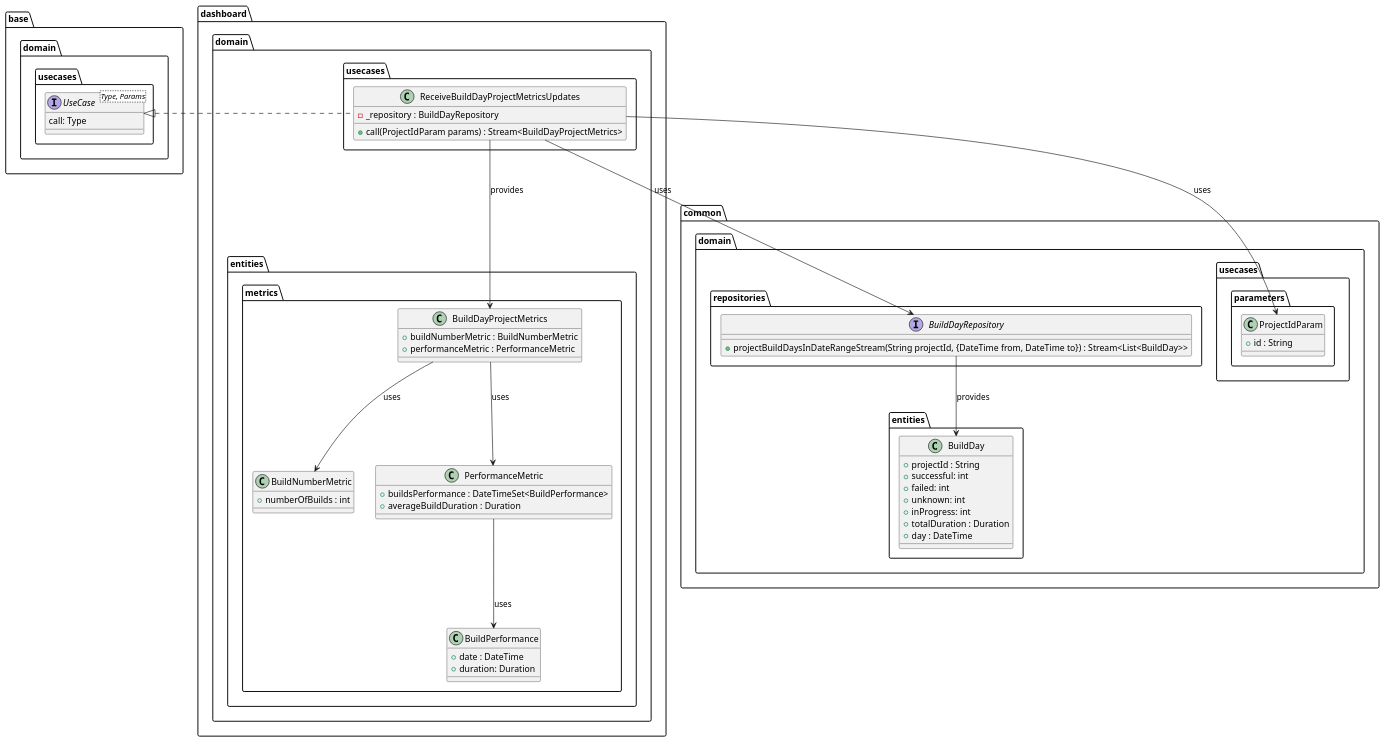
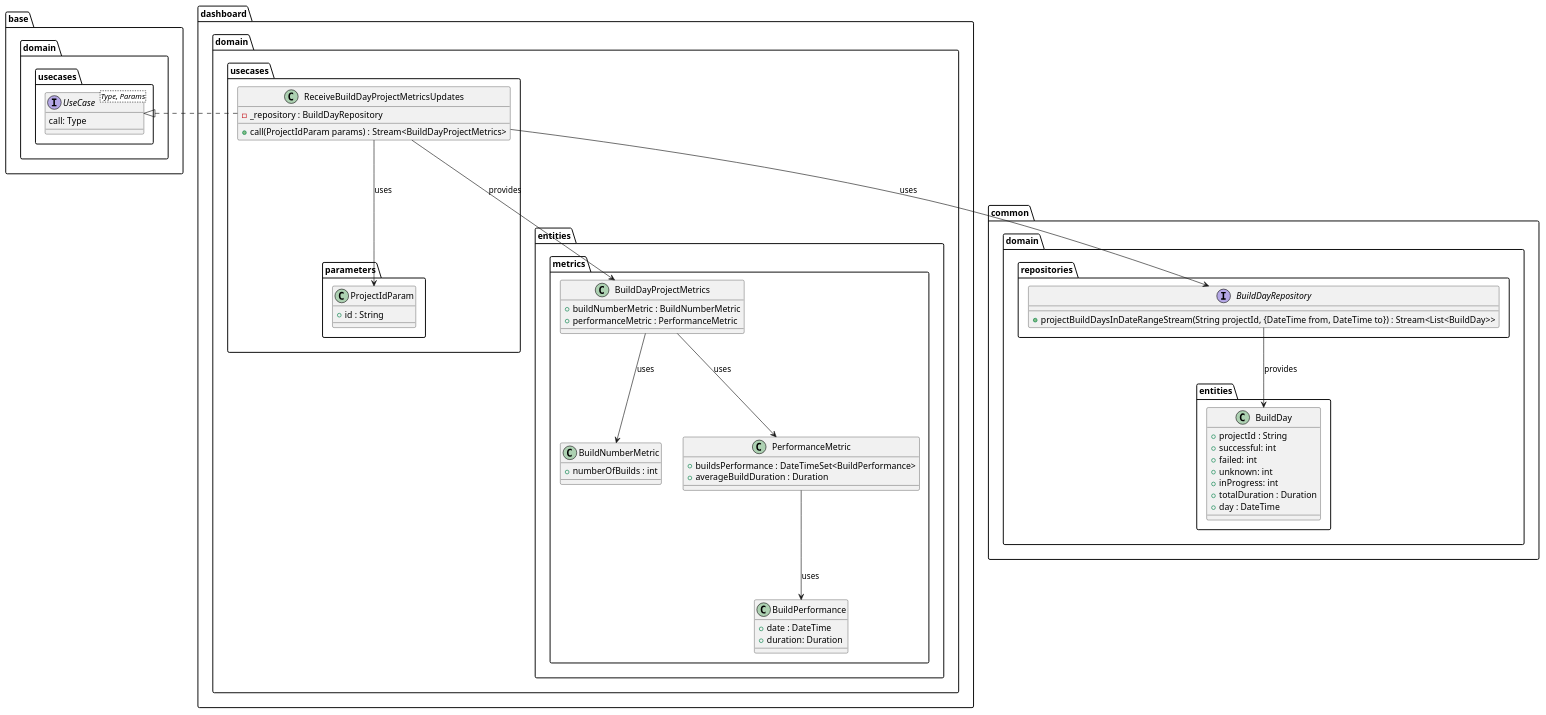
One commit to Flank/flank-dashboard changed the diagram in metrics/web/docs/features/builds_aggregation/diagrams/build_days_domain_layer_class_diagram.puml. Above: the diagram before and after it, drawn with PlantUML. The commit also changed 1 other file, not shown here.

Commit message:
Fix data layer description and domain layer diagram

```diff
--- a/metrics/web/docs/features/builds_aggregation/diagrams/build_days_domain_layer_class_diagram.puml
+++ b/metrics/web/docs/features/builds_aggregation/diagrams/build_days_domain_layer_class_diagram.puml
@@ -1,72 +1,72 @@
 @startuml build_days_domain_layer_class_diagram
 
 package base.domain.usecases {
     interface UseCase<Type, Params> {
         call: Type
     }
 }
 
 package common.domain {
     package entities {
         class BuildDay {
             + projectId : String
             + successful: int
             + failed: int
             + unknown: int
             + inProgress: int
             + totalDuration : Duration
             + day : DateTime
         }
     }
 
     package repositories {
         interface BuildDayRepository {
             + projectBuildDaysInDateRangeStream(String projectId, {DateTime from, DateTime to}) : Stream<List<BuildDay>>
         } 
-    }
-
-    package usecases.parameters {
-        class ProjectIdParam {
-            + id : String
-        }
     }
 }
 
 package dashboard.domain {
     package entities.metrics {
         class BuildNumberMetric {
             + numberOfBuilds : int
         }
         class BuildPerformance {
                 + date : DateTime
                 + duration: Duration
         }
         class PerformanceMetric {
             + buildsPerformance : DateTimeSet<BuildPerformance>
             + averageBuildDuration : Duration
         }
         class BuildDayProjectMetrics {
             + buildNumberMetric : BuildNumberMetric
             + performanceMetric : PerformanceMetric
         }
     }
 
     package usecases {
         class ReceiveBuildDayProjectMetricsUpdates {
             - _repository : BuildDayRepository
             + call(ProjectIdParam params) : Stream<BuildDayProjectMetrics>
         }
+
+        package parameters {
+            class ProjectIdParam {
+                + id : String
+            }
+        }
     }  
 }
 
 BuildDayRepository --> BuildDay : provides
 ReceiveBuildDayProjectMetricsUpdates -left-..|> UseCase
 ReceiveBuildDayProjectMetricsUpdates --> BuildDayRepository : uses
 ReceiveBuildDayProjectMetricsUpdates --> ProjectIdParam : uses
 ReceiveBuildDayProjectMetricsUpdates --> BuildDayProjectMetrics : provides
 
 BuildDayProjectMetrics --> BuildNumberMetric : uses
 BuildDayProjectMetrics --> PerformanceMetric : uses
 PerformanceMetric --> BuildPerformance : uses
 
 @enduml
```
